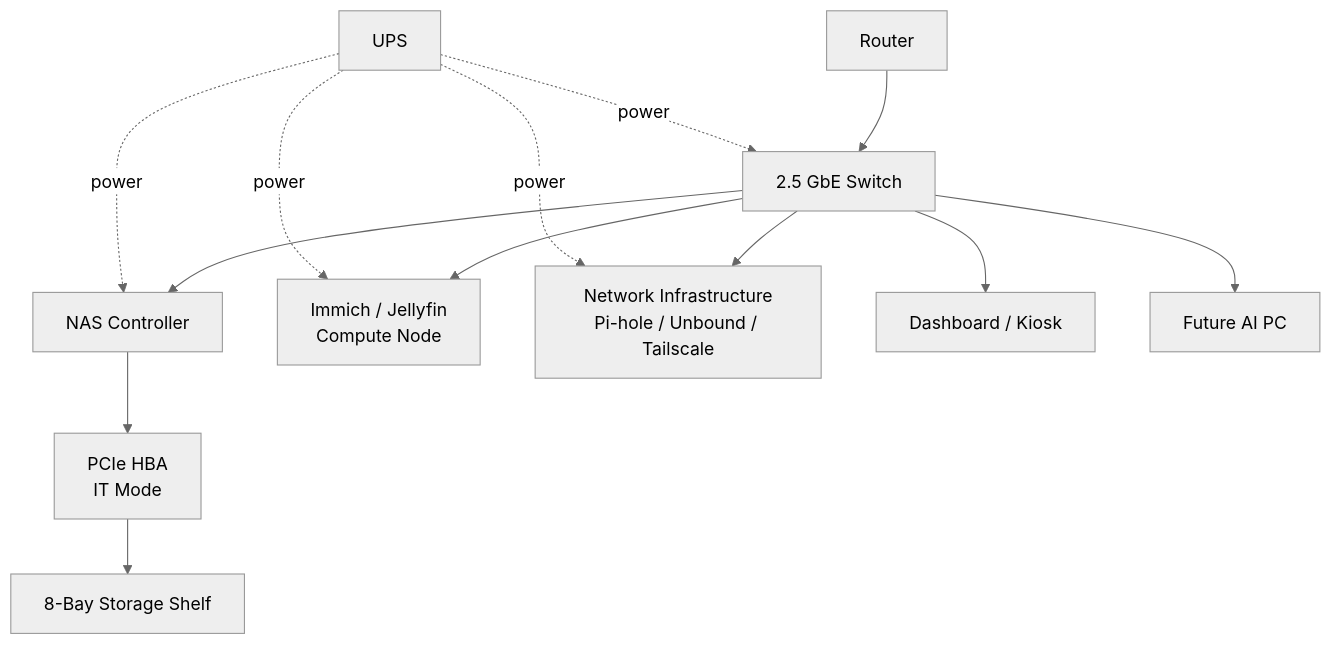
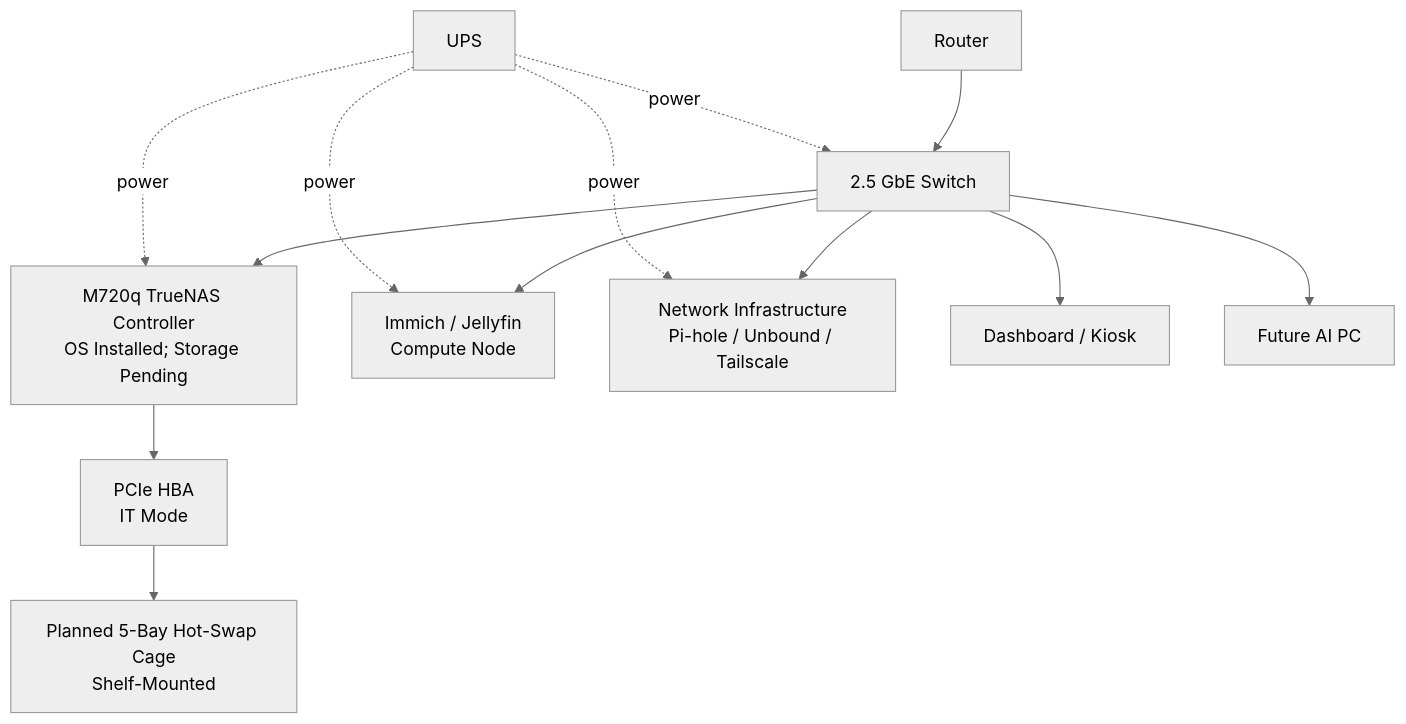
One commit to Thait97/johnny-homelab changed the fifth of 5 diagrams in architecture/diagram.md. Above: the diagram before and after it, drawn with Mermaid (neutral theme). The commit also changed other lines of this file, not shown here.

````diff
--- a/architecture/diagram.md
+++ b/architecture/diagram.md
@@ -130,28 +133,28 @@
 ```mermaid
 flowchart TD
     Router[Router]
     Switch[2.5 GbE Switch]
-    NAS[NAS Controller]
+    NAS[M720q TrueNAS Controller\nOS Installed; Storage Pending]
     HBA[PCIe HBA\nIT Mode]
-    Shelf[8-Bay Storage Shelf]
+    Shelf[Planned 5-Bay Hot-Swap Cage\nShelf-Mounted]
     Compute[Immich / Jellyfin\nCompute Node]
     Infra[Network Infrastructure\nPi-hole / Unbound / Tailscale]
     Screen[Dashboard / Kiosk]
     AI[Future AI PC]
     UPS[UPS]
 
     Router --> Switch
     Switch --> NAS
     Switch --> Compute
     Switch --> Infra
     Switch --> Screen
     Switch --> AI
 
     NAS --> HBA
     HBA --> Shelf
 
     UPS -. power .-> Switch
     UPS -. power .-> NAS
     UPS -. power .-> Compute
     UPS -. power .-> Infra
 ```
````
